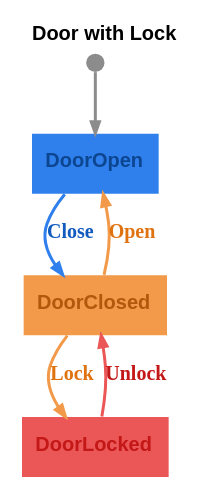
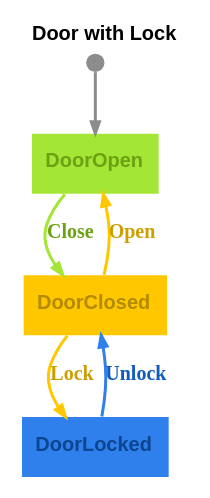
The diagram in graphs/door-with-lock.dot (m-bock/purescript-transit), drawn with Graphviz before and after one commit. The commit also changed 17 other files, not shown here.

```diff
--- a/graphs/door-with-lock.dot
+++ b/graphs/door-with-lock.dot
@@ -1,13 +1,13 @@
 digraph 
 {
 rankdir = "TD";fontname = "Arial";label = <<b>Door with Lock</b>>;labelloc = "t";fontsize = 12;bgcolor = "#ffffff"
-DoorOpen [shape = "box", label = <<b>DoorOpen</b>>, fontsize = 12, style = "filled", fillcolor = "#2f80ed", fontcolor = "#0c4590", fontname = "Arial", labelloc = "c", penwidth = 0.0]
+DoorOpen [shape = "box", label = <<b>DoorOpen</b>>, fontsize = 12, style = "filled", fillcolor = "#a3e635", fontcolor = "#6ca114", fontname = "Arial", labelloc = "c", penwidth = 0.0]
 __Start__ [shape = "circle", label = "", width = 0.15, height = 0.15, fixedsize = true, style = "filled", fillcolor = "#8c8c8c", penwidth = 0.0]
 __Start__ -> DoorOpen [color = "#8c8c8c", fontsize = 12, arrowsize = "0.7", penwidth = 1.8]
-DoorOpen -> DoorClosed [color = "#2f80ed", fontcolor = "#115bbf", fontsize = 12, arrowsize = "0.7", label = <<b>Close</b>>, penwidth = 1.8]
-DoorClosed [shape = "box", label = <<b>DoorClosed</b>>, fontsize = 12, style = "filled", fillcolor = "#f2994a", fontcolor = "#b0590d", fontname = "Arial", labelloc = "c", penwidth = 0.0]
-DoorClosed -> DoorOpen [color = "#f2994a", fontcolor = "#e07210", fontsize = 12, arrowsize = "0.7", label = <<b>Open</b>>, penwidth = 1.8]
-DoorClosed -> DoorLocked [color = "#f2994a", fontcolor = "#e07210", fontsize = 12, arrowsize = "0.7", label = <<b>Lock</b>>, penwidth = 1.8]
-DoorLocked [shape = "box", label = <<b>DoorLocked</b>>, fontsize = 12, style = "filled", fillcolor = "#eb5757", fontcolor = "#c41717", fontname = "Arial", labelloc = "c", penwidth = 0.0]
-DoorLocked -> DoorClosed [color = "#eb5757", fontcolor = "#c41717", fontsize = 12, arrowsize = "0.7", label = <<b>Unlock</b>>, penwidth = 1.8]
+DoorOpen -> DoorClosed [color = "#a3e635", fontcolor = "#6ca114", fontsize = 12, arrowsize = "0.7", label = <<b>Close</b>>, penwidth = 1.8]
+DoorClosed [shape = "box", label = <<b>DoorClosed</b>>, fontsize = 12, style = "filled", fillcolor = "#ffc700", fontcolor = "#b38b00", fontname = "Arial", labelloc = "c", penwidth = 0.0]
+DoorClosed -> DoorOpen [color = "#ffc700", fontcolor = "#cc9f00", fontsize = 12, arrowsize = "0.7", label = <<b>Open</b>>, penwidth = 1.8]
+DoorClosed -> DoorLocked [color = "#ffc700", fontcolor = "#cc9f00", fontsize = 12, arrowsize = "0.7", label = <<b>Lock</b>>, penwidth = 1.8]
+DoorLocked [shape = "box", label = <<b>DoorLocked</b>>, fontsize = 12, style = "filled", fillcolor = "#2f80ed", fontcolor = "#0c4590", fontname = "Arial", labelloc = "c", penwidth = 0.0]
+DoorLocked -> DoorClosed [color = "#2f80ed", fontcolor = "#115bbf", fontsize = 12, arrowsize = "0.7", label = <<b>Unlock</b>>, penwidth = 1.8]
 }
```
